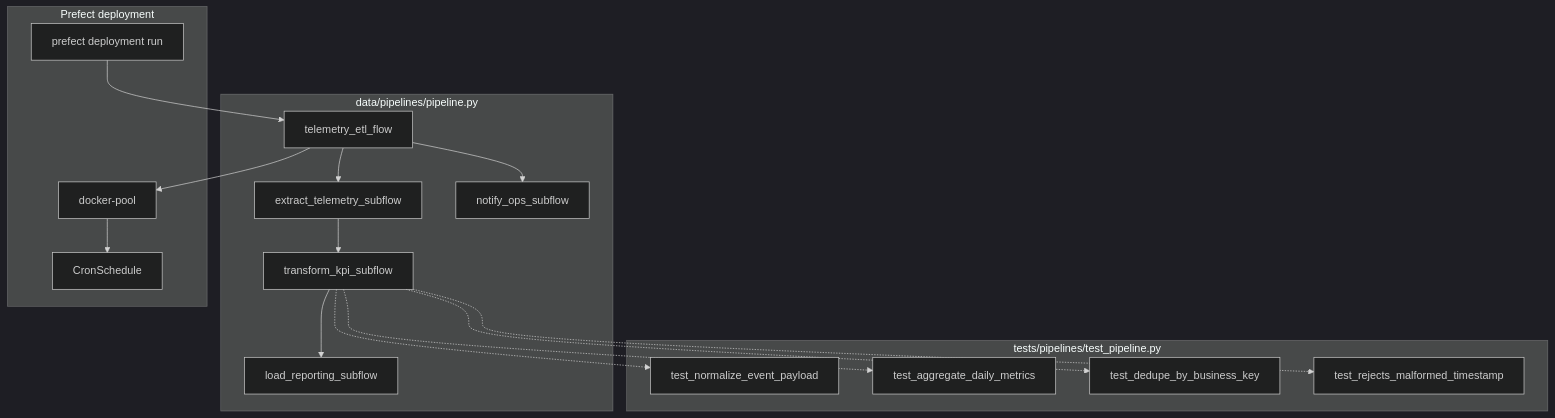
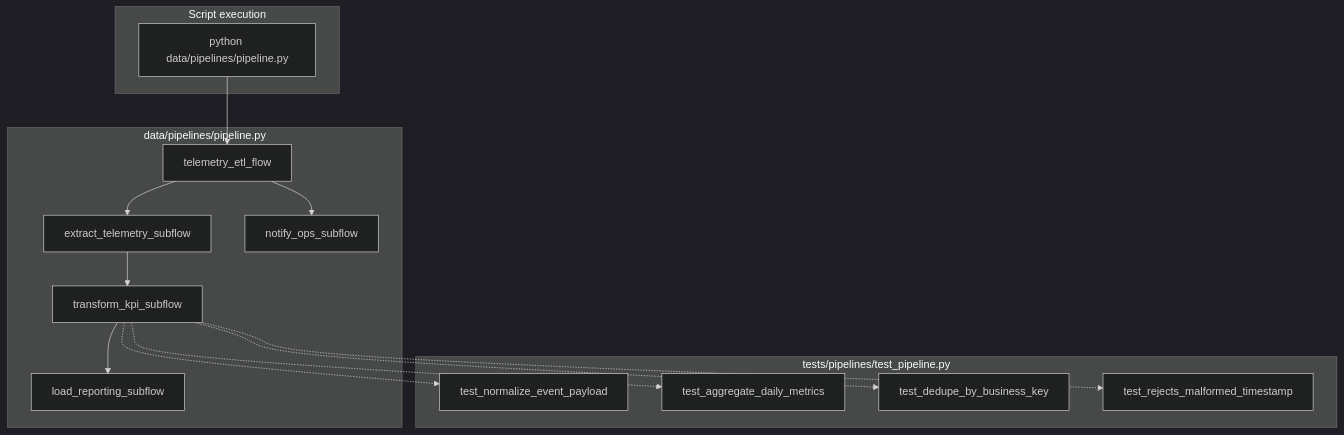
Before and after one commit to 4GeeksAcademy/ai-engineering-syllabus: the diagram in content/projects/ai-eng-milestone-data-pipeline-enhancement/.learn/solution/README.md, drawn with Mermaid (dark theme). The commit also changed other lines of this file and 5 other files, not shown here.

Commit message:
Improve data pipeline projects

````diff
--- a/content/projects/ai-eng-milestone-data-pipeline-enhancement/.learn/solution/README.md
+++ b/content/projects/ai-eng-milestone-data-pipeline-enhancement/.learn/solution/README.md
@@ -20,30 +20,26 @@
 ```mermaid
 flowchart TD
   subgraph main [data/pipelines/pipeline.py]
     MAIN[telemetry_etl_flow]
     EXT[extract_telemetry_subflow]
     TRF[transform_kpi_subflow]
     LOD[load_reporting_subflow]
     OPT[notify_ops_subflow]
   end
   subgraph tests [tests/pipelines/test_pipeline.py]
     T1[test_normalize_event_payload]
     T2[test_aggregate_daily_metrics]
     T3[test_dedupe_by_business_key]
     T4[test_rejects_malformed_timestamp]
   end
-  subgraph deploy [Prefect deployment]
-    POOL[docker-pool]
-    CRON[CronSchedule]
-    CLI[prefect deployment run]
+  subgraph cli [Script execution]
+    RUN[python data/pipelines/pipeline.py]
   end
   MAIN --> EXT --> TRF --> LOD
   MAIN --> OPT
   TRF -.-> T1
   TRF -.-> T2
   TRF -.-> T3
   TRF -.-> T4
-  MAIN --> POOL
-  POOL --> CRON
-  CLI --> MAIN
+  RUN --> MAIN
 ```
````
